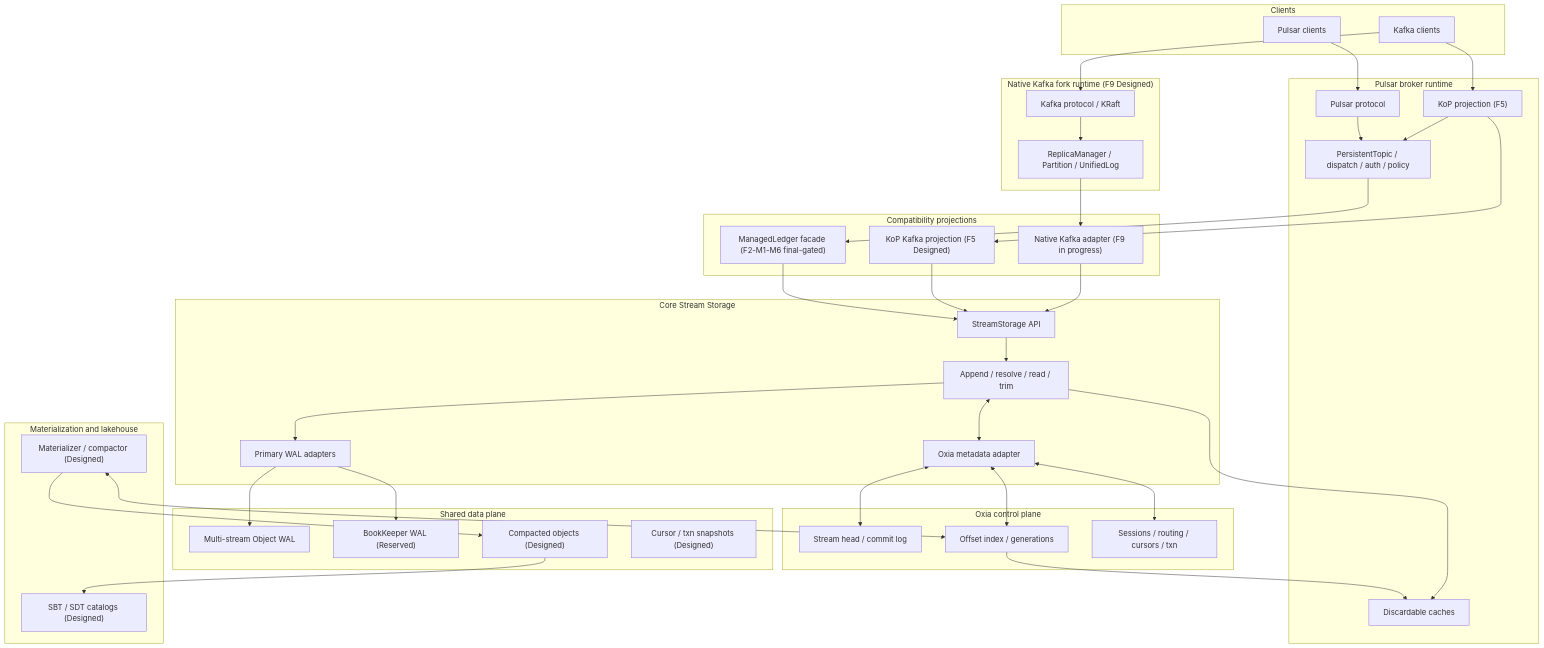
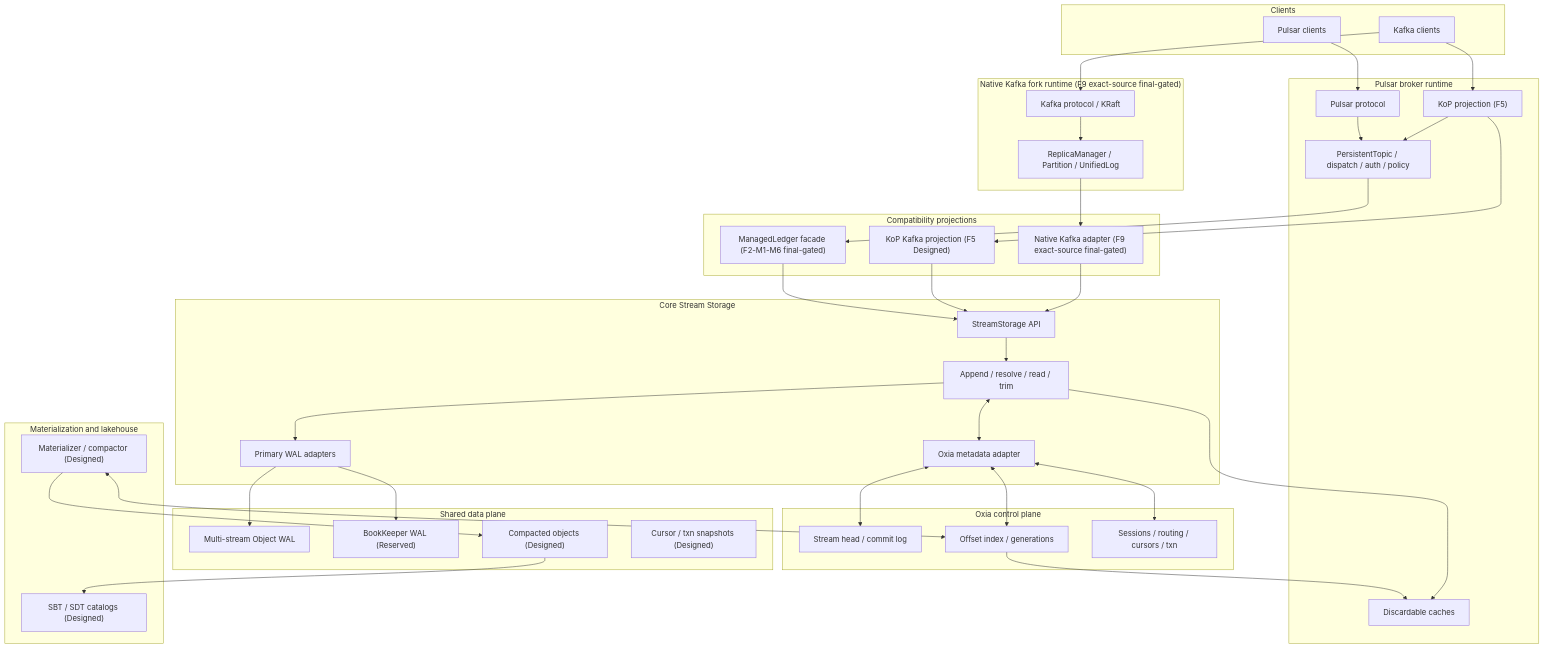
One commit to nereusstream/nereus changed the first of 2 diagrams in docs/design/nereus-overall-architecture.md. Above: the diagram before and after it, drawn with Mermaid. The commit also changed other lines of this file and 7 other files, not shown here.

Commit message:
docs(f9): sync final-gated design status

````diff
--- a/docs/design/nereus-overall-architecture.md
+++ b/docs/design/nereus-overall-architecture.md
@@ -334,63 +334,63 @@
 ```mermaid
 flowchart TB
     subgraph Clients["Clients"]
         PC["Pulsar clients"]
         KC["Kafka clients"]
     end
     subgraph Broker["Pulsar broker runtime"]
         PP["Pulsar protocol"]
         KoP["KoP projection (F5)"]
         Runtime["PersistentTopic / dispatch / auth / policy"]
         Cache["Discardable caches"]
     end
-    subgraph KafkaBroker["Native Kafka fork runtime (F9 Designed)"]
+    subgraph KafkaBroker["Native Kafka fork runtime (F9 exact-source final-gated)"]
         KP["Kafka protocol / KRaft"]
         KRuntime["ReplicaManager / Partition / UnifiedLog"]
     end
     subgraph Adapters["Compatibility projections"]
         MLF["ManagedLedger facade (F2-M1-M6 final-gated)"]
         KAF5["KoP Kafka projection (F5 Designed)"]
-        KAF9["Native Kafka adapter (F9 in progress)"]
+        KAF9["Native Kafka adapter (F9 exact-source final-gated)"]
     end
     subgraph L0["Core Stream Storage"]
         API["StreamStorage API"]
         Core["Append / resolve / read / trim"]
         Meta["Oxia metadata adapter"]
         Wal["Primary WAL adapters"]
     end
     subgraph Data["Shared data plane"]
         OW["Multi-stream Object WAL"]
         BK["BookKeeper WAL (Reserved)"]
         CO["Compacted objects (Designed)"]
         Snap["Cursor / txn snapshots (Designed)"]
     end
     subgraph Control["Oxia control plane"]
         Head["Stream head / commit log"]
         Index["Offset index / generations"]
         Coord["Sessions / routing / cursors / txn"]
     end
     subgraph L3["Materialization and lakehouse"]
         Mat["Materializer / compactor (Designed)"]
         Cat["SBT / SDT catalogs (Designed)"]
     end
 
     PC --> PP --> Runtime
     KC --> KoP --> Runtime
     KC --> KP --> KRuntime
     Runtime --> MLF --> API
     KoP --> KAF5 --> API
     KRuntime --> KAF9 --> API
     API --> Core
     Core <--> Meta
     Core --> Wal
     Meta <--> Head
     Meta <--> Index
     Meta <--> Coord
     Wal --> OW
     Wal --> BK
     Index --> Cache
     Mat --> CO
     Mat <--> Index
     CO --> Cat
     Core --> Cache
 ```
````
